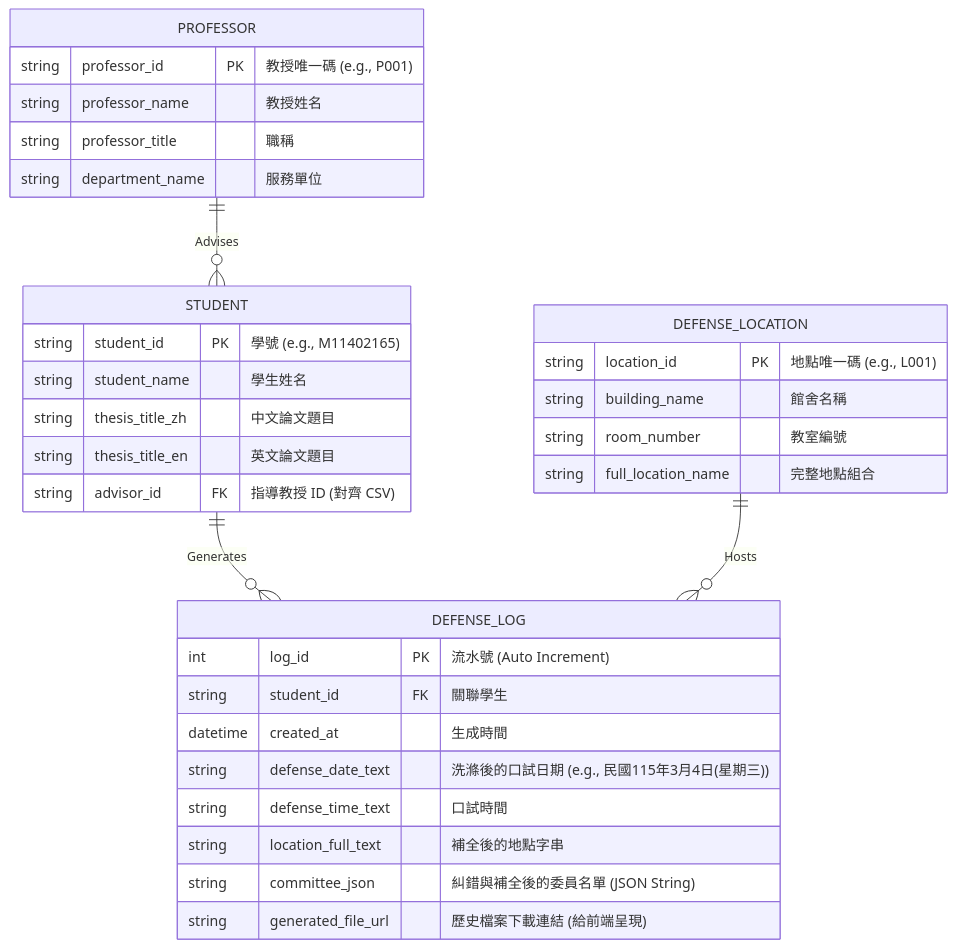
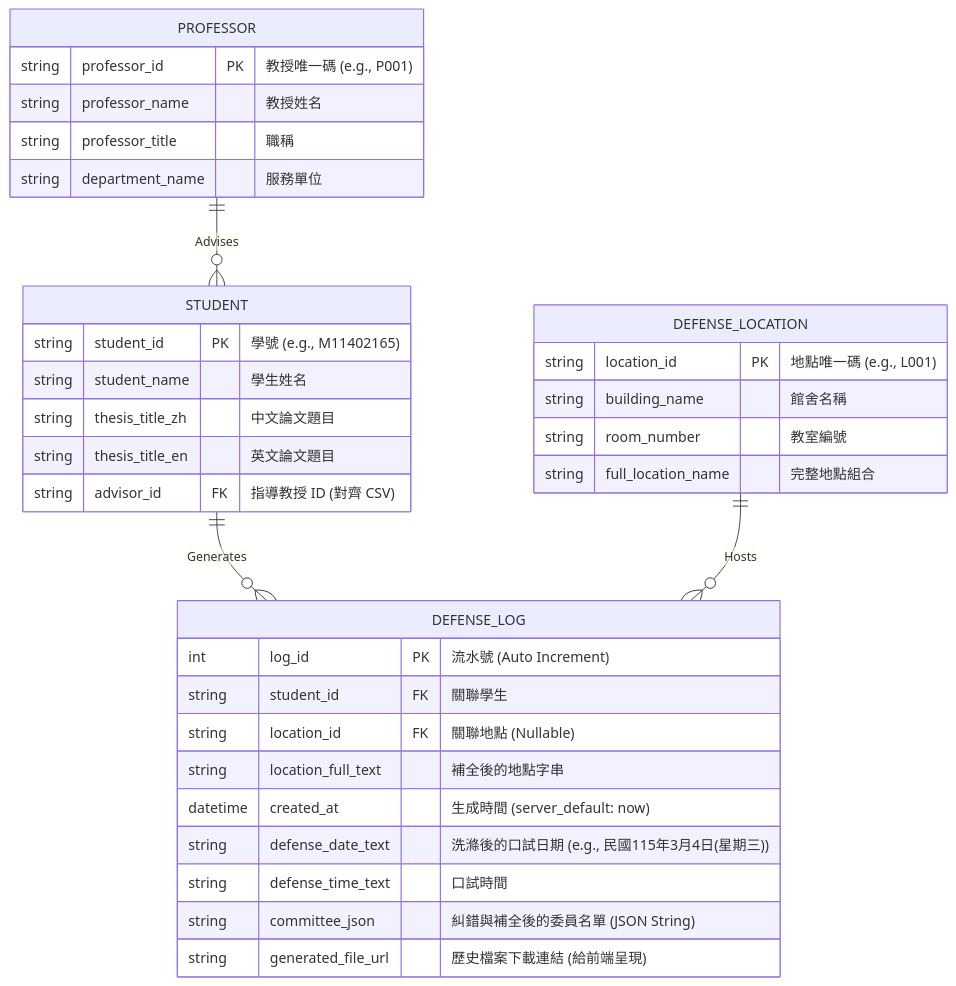
Before and after one commit to NTUST-Lab-training/defense-bot: the diagram in docs/SCHEMA.md, drawn with Mermaid. The commit also changed 5 other files, not shown here.

````diff
--- a/docs/SCHEMA.md
+++ b/docs/SCHEMA.md
@@ -11,39 +11,40 @@
 ```mermaid
 erDiagram
     STUDENT {
         string student_id PK "學號 (e.g., M11402165)"
         string student_name "學生姓名"
         string thesis_title_zh "中文論文題目"
         string thesis_title_en "英文論文題目"
         string advisor_id FK "指導教授 ID (對齊 CSV)"
     }
 
     PROFESSOR {
         string professor_id PK "教授唯一碼 (e.g., P001)"
         string professor_name "教授姓名"
         string professor_title "職稱"
         string department_name "服務單位"
     }
 
     DEFENSE_LOCATION {
         string location_id PK "地點唯一碼 (e.g., L001)"
         string building_name "館舍名稱"
         string room_number "教室編號"
         string full_location_name "完整地點組合"
     }
 
     DEFENSE_LOG {
         int log_id PK "流水號 (Auto Increment)"
         string student_id FK "關聯學生"
-        datetime created_at "生成時間"
+        string location_id FK "關聯地點 (Nullable)"
+        string location_full_text "補全後的地點字串"
+        datetime created_at "生成時間 (server_default: now)"
         string defense_date_text "洗滌後的口試日期 (e.g., 民國115年3月4日(星期三))"
         string defense_time_text "口試時間"
-        string location_full_text "補全後的地點字串"
         string committee_json "糾錯與補全後的委員名單 (JSON String)"
         string generated_file_url "歷史檔案下載連結 (給前端呈現)"
     }
 
     PROFESSOR ||--o{ STUDENT : "Advises"
     STUDENT ||--o{ DEFENSE_LOG : "Generates"
     DEFENSE_LOCATION ||--o{ DEFENSE_LOG : "Hosts"
 ```
````
